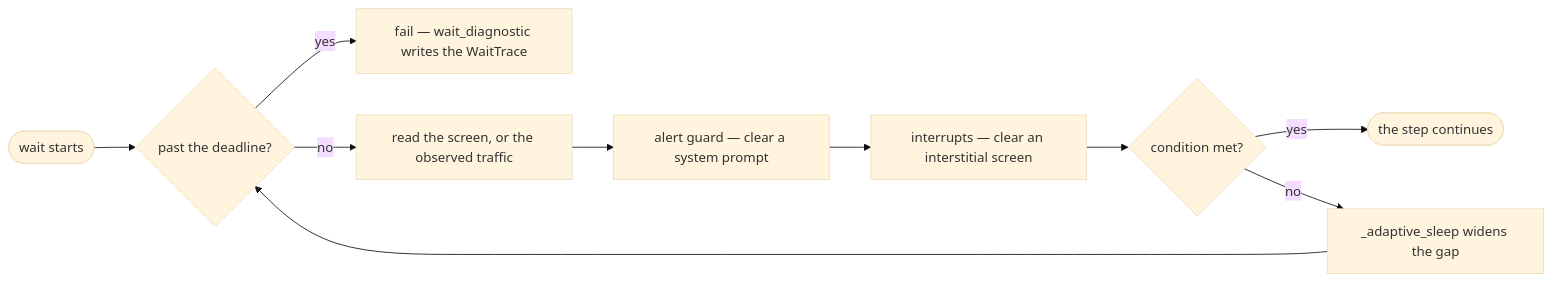
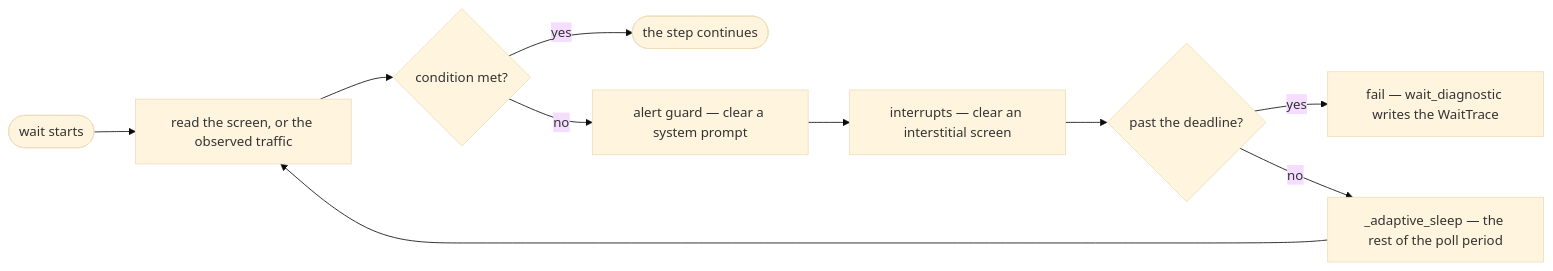
The eighth of 12 diagrams in docs/developer-guide.md (bajutsu-e2e/bajutsu), drawn with Mermaid (base theme) before and after one commit. The commit also changed other lines of this file and 7 other files, not shown here.

````diff
--- a/docs/developer-guide.md
+++ b/docs/developer-guide.md
@@ -878,12 +880,12 @@
 ```mermaid
 flowchart LR
-    s(["wait starts"]) --> d{"past the deadline?"}
+    s(["wait starts"]) --> rd["read the screen, or the observed traffic"]
+    rd --> m{"condition met?"}
+    m -->|yes| ok(["the step continues"])
+    m -->|no| ag["alert guard — clear a system prompt"]
+    ag --> ig["interrupts — clear an interstitial screen"]
+    ig --> d{"past the deadline?"}
     d -->|yes| to["fail — wait_diagnostic writes the WaitTrace"]
-    d -->|no| rd["read the screen, or the observed traffic"]
-    rd --> ag["alert guard — clear a system prompt"]
-    ag --> ig["interrupts — clear an interstitial screen"]
-    ig --> m{"condition met?"}
-    m -->|yes| ok(["the step continues"])
-    m -->|no| bo["_adaptive_sleep widens the gap"]
-    bo --> d
+    d -->|no| bo["_adaptive_sleep — the rest of the poll period"]
+    bo --> rd
 ```
````
